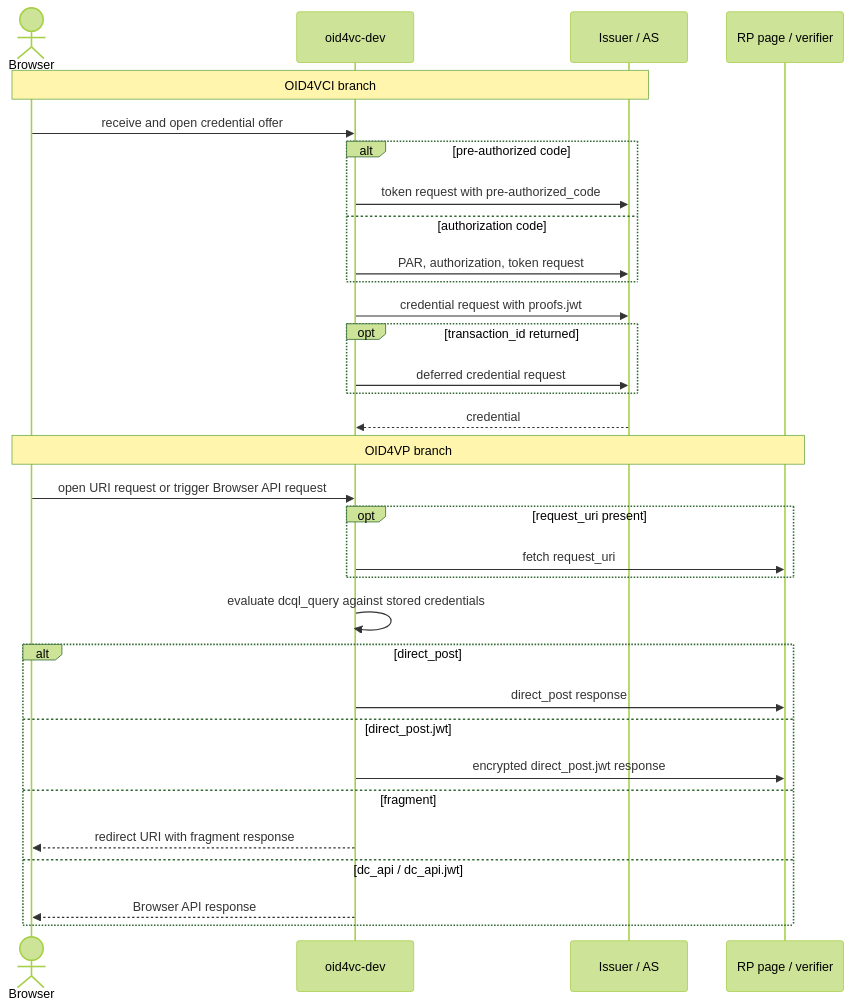
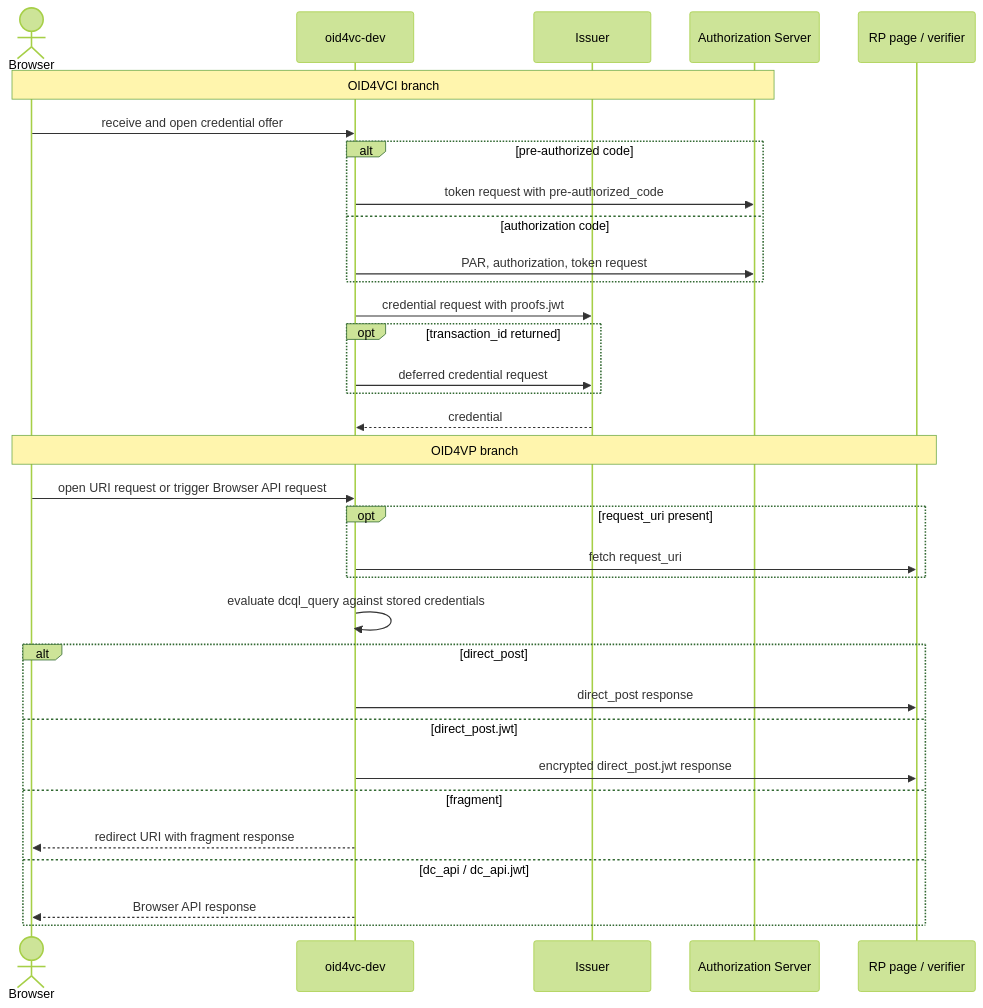
One commit to dominikschlosser/ssi-debugger changed the second of 2 diagrams in docs/diagrams/README.md. Above: the diagram before and after it, drawn with Mermaid (forest theme). The commit also changed other lines of this file and 1 other file, not shown here.

Commit message:
docs: model AS and Issuer as separate entities

````diff
--- a/docs/diagrams/README.md
+++ b/docs/diagrams/README.md
@@ -35,36 +37,37 @@
 ```mermaid
 sequenceDiagram
     actor Browser
     participant Wallet as oid4vc-dev
-    participant Issuer as Issuer / AS
+    participant Issuer
+    participant AS as Authorization Server
     participant RP as RP page / verifier
 
-    Note over Browser,Issuer: OID4VCI branch
+    Note over Browser,AS: OID4VCI branch
     Browser->>Wallet: receive and open credential offer
     alt pre-authorized code
-        Wallet->>Issuer: token request with pre-authorized_code
+        Wallet->>AS: token request with pre-authorized_code
     else authorization code
-        Wallet->>Issuer: PAR, authorization, token request
+        Wallet->>AS: PAR, authorization, token request
     end
     Wallet->>Issuer: credential request with proofs.jwt
     opt transaction_id returned
         Wallet->>Issuer: deferred credential request
     end
     Issuer-->>Wallet: credential
 
     Note over Browser,RP: OID4VP branch
     Browser->>Wallet: open URI request or trigger Browser API request
     opt request_uri present
         Wallet->>RP: fetch request_uri
     end
     Wallet->>Wallet: evaluate dcql_query against stored credentials
     alt direct_post
         Wallet->>RP: direct_post response
     else direct_post.jwt
         Wallet->>RP: encrypted direct_post.jwt response
     else fragment
         Wallet-->>Browser: redirect URI with fragment response
     else dc_api / dc_api.jwt
         Wallet-->>Browser: Browser API response
     end
 ```
````
